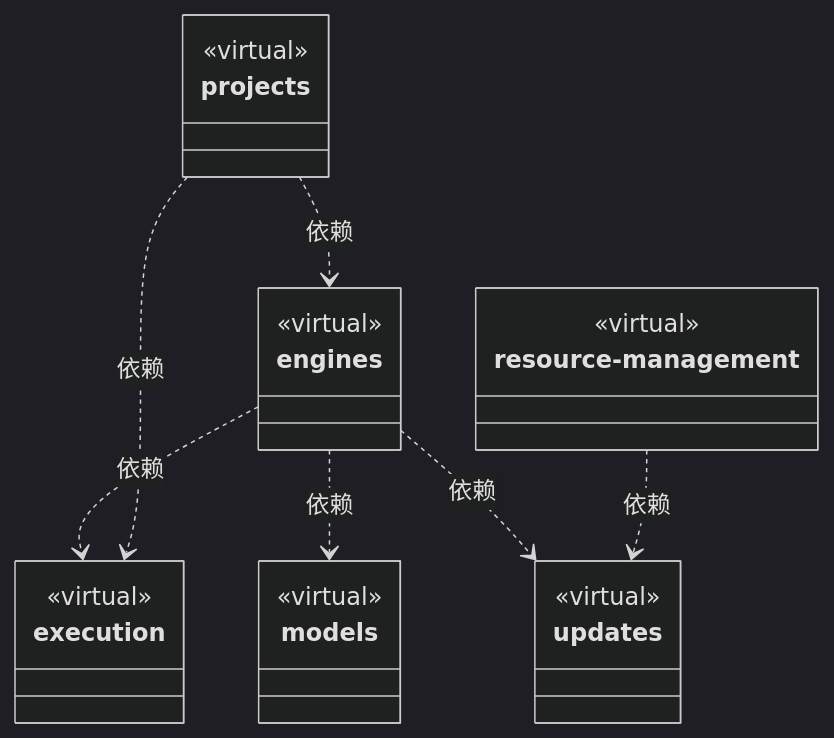
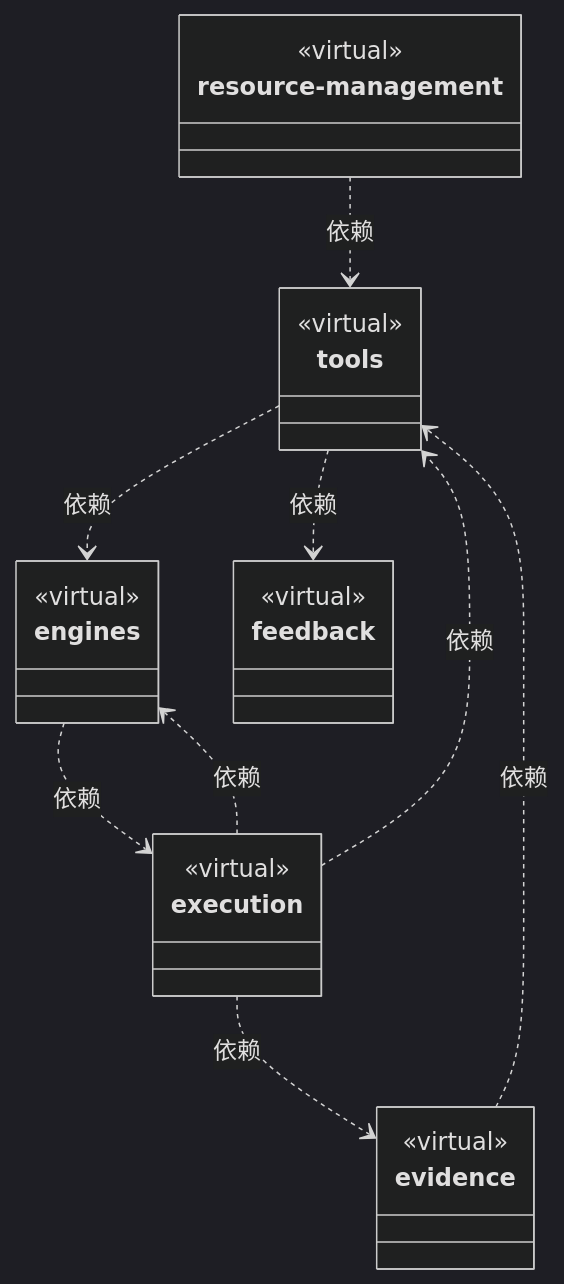
The first of 4 diagrams in src/logic-new/ARCHITECTURE.md (nan023062/cbim), drawn with Mermaid (dark theme) before and after one commit. The commit also changed other lines of this file and 1438 other files, not shown here.

````diff
--- a/src/logic-new/ARCHITECTURE.md
+++ b/src/logic-new/ARCHITECTURE.md
@@ -19,33 +19,35 @@
 ```mermaid
 classDiagram
+class N_7005c6b6cb43["tools"] {
+  <<virtual>>
+}
+click N_7005c6b6cb43 href "tools/ARCHITECTURE.md"
+class N_010bdf9aa3a1["evidence"] {
+  <<virtual>>
+}
+click N_010bdf9aa3a1 href "evidence/ARCHITECTURE.md"
+class N_8c25075cbaa1["execution"] {
+  <<virtual>>
+}
+click N_8c25075cbaa1 href "execution/ARCHITECTURE.md"
+class N_d91567a60d08["resource-management"] {
+  <<virtual>>
+}
+click N_d91567a60d08 href "resource-management/ARCHITECTURE.md"
 class N_e4e1412fd1d5["engines"] {
   <<virtual>>
 }
 click N_e4e1412fd1d5 href "engines/ARCHITECTURE.md"
-class N_8c25075cbaa1["execution"] {
+class N_b26ad64493ff["feedback"] {
   <<virtual>>
 }
-click N_8c25075cbaa1 href "execution/ARCHITECTURE.md"
-class N_0a27e7dbec3a["models"] {
-  <<virtual>>
-}
-click N_0a27e7dbec3a href "models/ARCHITECTURE.md"
-class N_0adbfaa2201b["updates"] {
-  <<virtual>>
-}
-click N_0adbfaa2201b href "updates/ARCHITECTURE.md"
-class N_70d503980bba["projects"] {
-  <<virtual>>
-}
-click N_70d503980bba href "projects/ARCHITECTURE.md"
-class N_d91567a60d08["resource-management"] {
-  <<virtual>>
-}
-click N_d91567a60d08 href "resource-management/ARCHITECTURE.md"
+click N_b26ad64493ff href "feedback/ARCHITECTURE.md"
 N_e4e1412fd1d5 ..> N_8c25075cbaa1 : 依赖
-N_e4e1412fd1d5 ..> N_0a27e7dbec3a : 依赖
-N_e4e1412fd1d5 ..> N_0adbfaa2201b : 依赖
-N_70d503980bba ..> N_e4e1412fd1d5 : 依赖
-N_70d503980bba ..> N_8c25075cbaa1 : 依赖
-N_d91567a60d08 ..> N_0adbfaa2201b : 依赖
+N_010bdf9aa3a1 ..> N_7005c6b6cb43 : 依赖
+N_8c25075cbaa1 ..> N_e4e1412fd1d5 : 依赖
+N_8c25075cbaa1 ..> N_010bdf9aa3a1 : 依赖
+N_8c25075cbaa1 ..> N_7005c6b6cb43 : 依赖
+N_d91567a60d08 ..> N_7005c6b6cb43 : 依赖
+N_7005c6b6cb43 ..> N_e4e1412fd1d5 : 依赖
+N_7005c6b6cb43 ..> N_b26ad64493ff : 依赖
 ```
````
